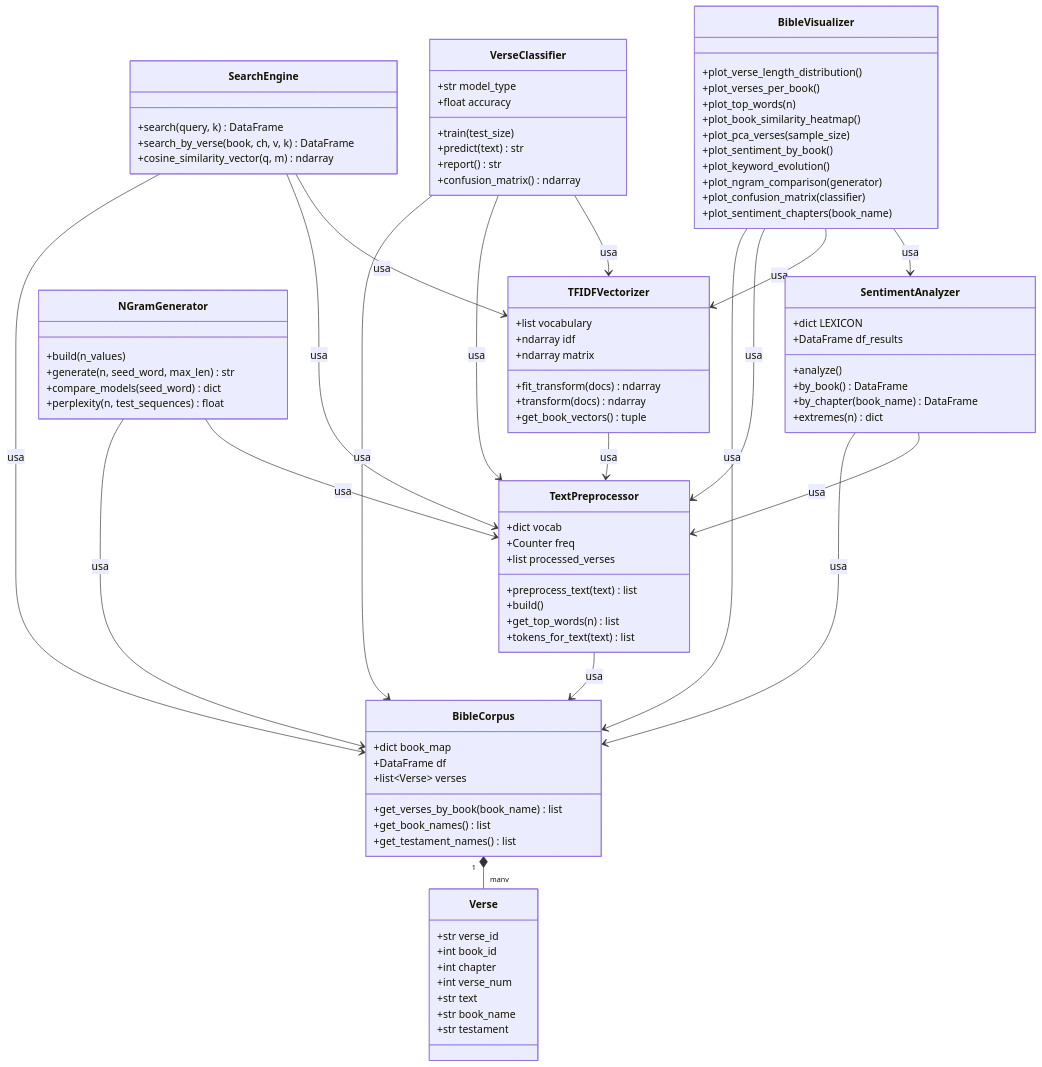
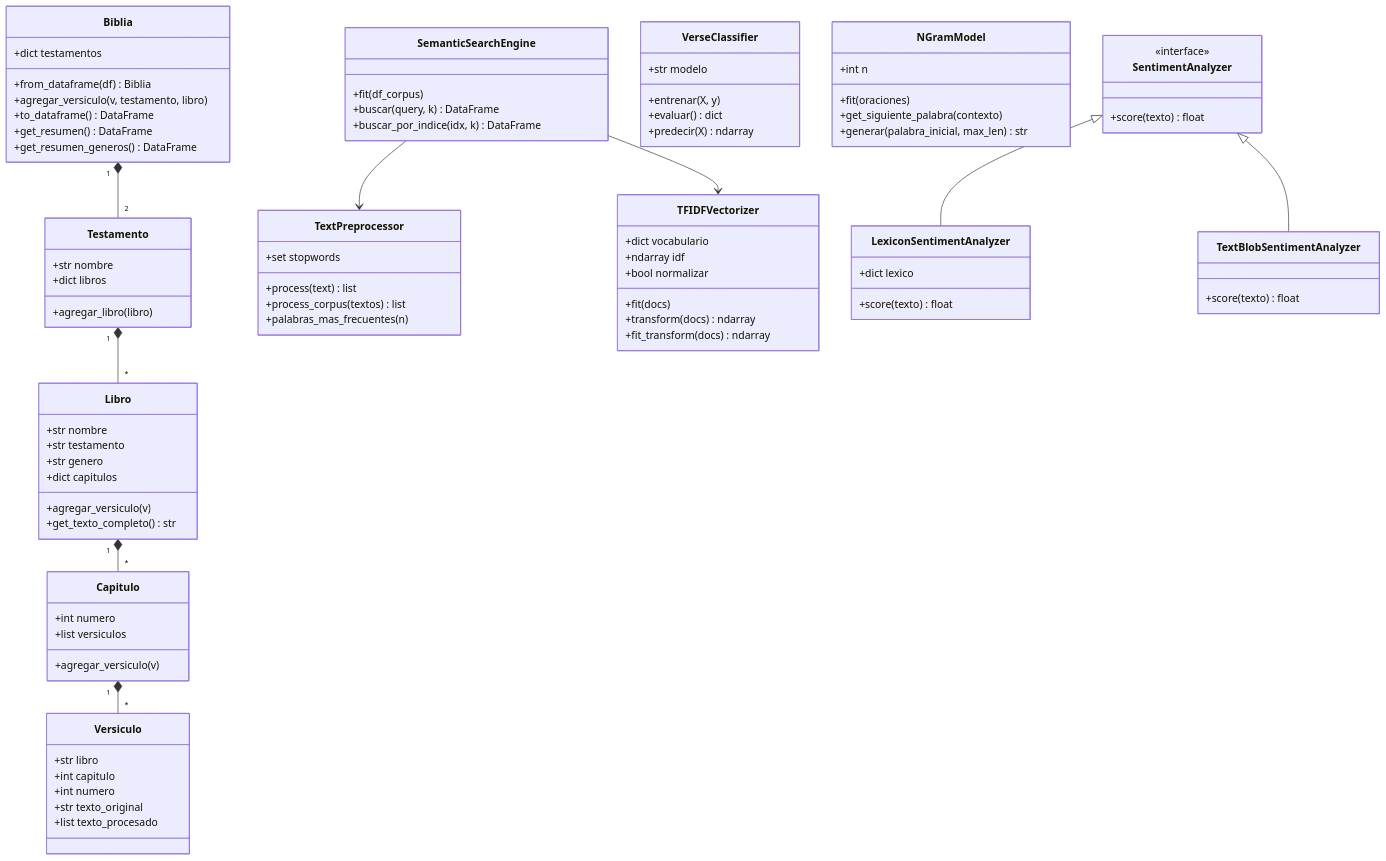
One commit to lucvsss/PrograCientificaLab2 changed the diagram in README.md. Above: the diagram before and after it, drawn with Mermaid.

````diff
--- a/README.md
+++ b/README.md
@@ -210,101 +210,92 @@
 ```mermaid
 classDiagram
-    class Verse {
-        +str verse_id
-        +int book_id
-        +int chapter
-        +int verse_num
-        +str text
-        +str book_name
-        +str testament
+    class Biblia {
+        +dict testamentos
+        +from_dataframe(df) Biblia
+        +agregar_versiculo(v, testamento, libro)
+        +to_dataframe() DataFrame
+        +get_resumen() DataFrame
+        +get_resumen_generos() DataFrame
     }
-
-    class BibleCorpus {
-        +dict book_map
-        +DataFrame df
-        +list~Verse~ verses
-        +get_verses_by_book(book_name) list
-        +get_book_names() list
-        +get_testament_names() list
+    class Testamento {
+        +str nombre
+        +dict libros
+        +agregar_libro(libro)
     }
-    BibleCorpus "1" *-- "many" Verse
-
+    class Libro {
+        +str nombre
+        +str testamento
+        +str genero
+        +dict capitulos
+        +agregar_versiculo(v)
+        +get_texto_completo() str
+    }
+    class Capitulo {
+        +int numero
+        +list versiculos
+        +agregar_versiculo(v)
+    }
+    class Versiculo {
+        +str libro
+        +int capitulo
+        +int numero
+        +str texto_original
+        +list texto_procesado
+    }
+    Biblia "1" *-- "2" Testamento
+    Testamento "1" *-- "*" Libro
+    Libro "1" *-- "*" Capitulo
+    Capitulo "1" *-- "*" Versiculo
+ 
     class TextPreprocessor {
-        +dict vocab
-        +Counter freq
-        +list processed_verses
-        +preprocess_text(text) list
-        +build()
-        +get_top_words(n) list
-        +tokens_for_text(text) list
+        +set stopwords
+        +process(text) list
+        +process_corpus(textos) list
+        +palabras_mas_frecuentes(n)
     }
-    TextPreprocessor --> BibleCorpus : usa
-
+ 
     class TFIDFVectorizer {
-        +list vocabulary
+        +dict vocabulario
         +ndarray idf
-        +ndarray matrix
+        +bool normalizar
+        +fit(docs)
+        +transform(docs) ndarray
         +fit_transform(docs) ndarray
-        +transform(docs) ndarray
-        +get_book_vectors() tuple
     }
-    TFIDFVectorizer --> TextPreprocessor : usa
-
-    class SearchEngine {
-        +search(query, k) DataFrame
-        +search_by_verse(book, ch, v, k) DataFrame
-        +cosine_similarity_vector(q, m) ndarray
+ 
+    class SemanticSearchEngine {
+        +fit(df_corpus)
+        +buscar(query, k) DataFrame
+        +buscar_por_indice(idx, k) DataFrame
     }
-    SearchEngine --> BibleCorpus : usa
-    SearchEngine --> TextPreprocessor : usa
-    SearchEngine --> TFIDFVectorizer : usa
-
+    SemanticSearchEngine --> TFIDFVectorizer
+    SemanticSearchEngine --> TextPreprocessor
+ 
     class VerseClassifier {
-        +str model_type
-        +float accuracy
-        +train(test_size)
-        +predict(text) str
-        +report() str
-        +confusion_matrix() ndarray
+        +str modelo
+        +entrenar(X, y)
+        +evaluar() dict
+        +predecir(X) ndarray
     }
-    VerseClassifier --> BibleCorpus : usa
-    VerseClassifier --> TextPreprocessor : usa
-    VerseClassifier --> TFIDFVectorizer : usa
-
-    class NGramGenerator {
-        +build(n_values)
-        +generate(n, seed_word, max_len) str
-        +compare_models(seed_word) dict
-        +perplexity(n, test_sequences) float
+ 
+    class NGramModel {
+        +int n
+        +fit(oraciones)
+        +get_siguiente_palabra(contexto)
+        +generar(palabra_inicial, max_len) str
     }
-    NGramGenerator --> BibleCorpus : usa
-    NGramGenerator --> TextPreprocessor : usa
-
+ 
     class SentimentAnalyzer {
-        +dict LEXICON
-        +DataFrame df_results
-        +analyze()
-        +by_book() DataFrame
-        +by_chapter(book_name) DataFrame
-        +extremes(n) dict
+        <<interface>>
+        +score(texto) float
     }
-    SentimentAnalyzer --> BibleCorpus : usa
-    SentimentAnalyzer --> TextPreprocessor : usa
-
-    class BibleVisualizer {
-        +plot_verse_length_distribution()
-        +plot_verses_per_book()
-        +plot_top_words(n)
-        +plot_book_similarity_heatmap()
-        +plot_pca_verses(sample_size)
-        +plot_sentiment_by_book()
-        +plot_keyword_evolution()
-        +plot_ngram_comparison(generator)
-        +plot_confusion_matrix(classifier)
-        +plot_sentiment_chapters(book_name)
+    class LexiconSentimentAnalyzer {
+        +dict lexico
+        +score(texto) float
     }
-    BibleVisualizer --> BibleCorpus : usa
-    BibleVisualizer --> TextPreprocessor : usa
-    BibleVisualizer --> TFIDFVectorizer : usa
-    BibleVisualizer --> SentimentAnalyzer : usa
+    class TextBlobSentimentAnalyzer {
+        +score(texto) float
+    }
+    SentimentAnalyzer <|-- LexiconSentimentAnalyzer
+    SentimentAnalyzer <|-- TextBlobSentimentAnalyzer
 ```
````
